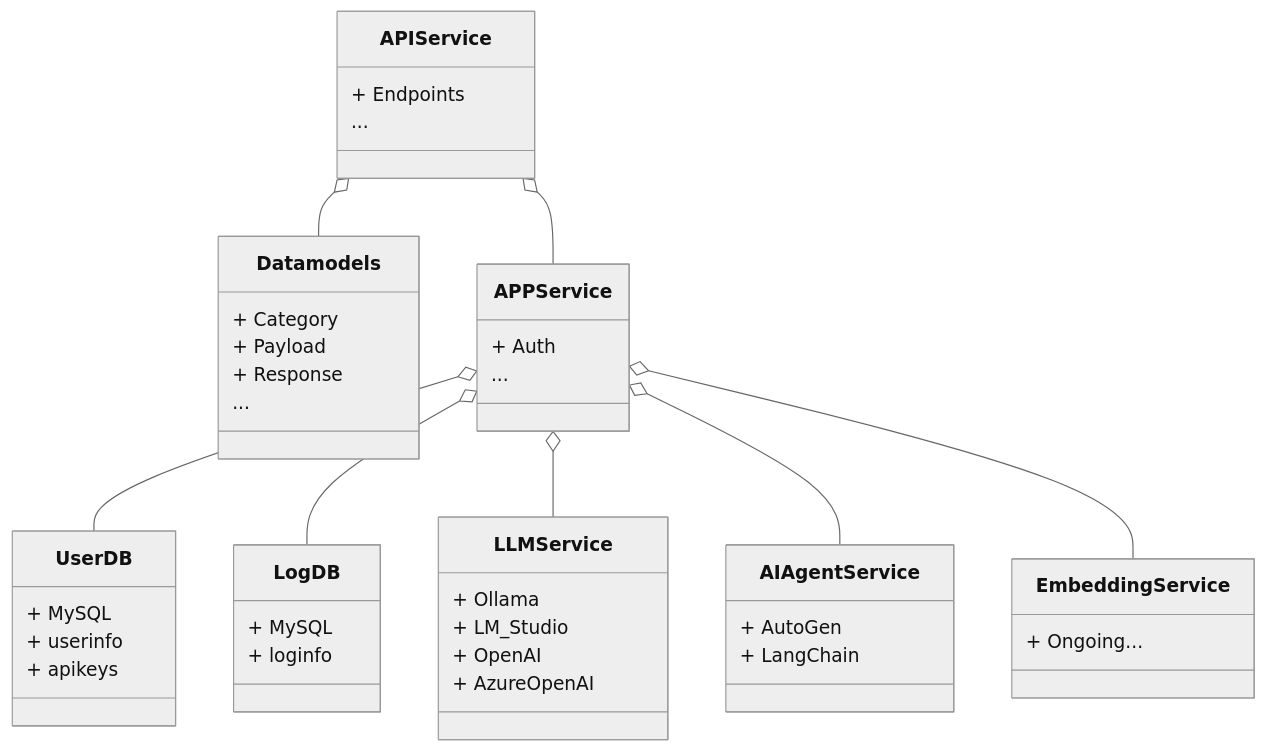
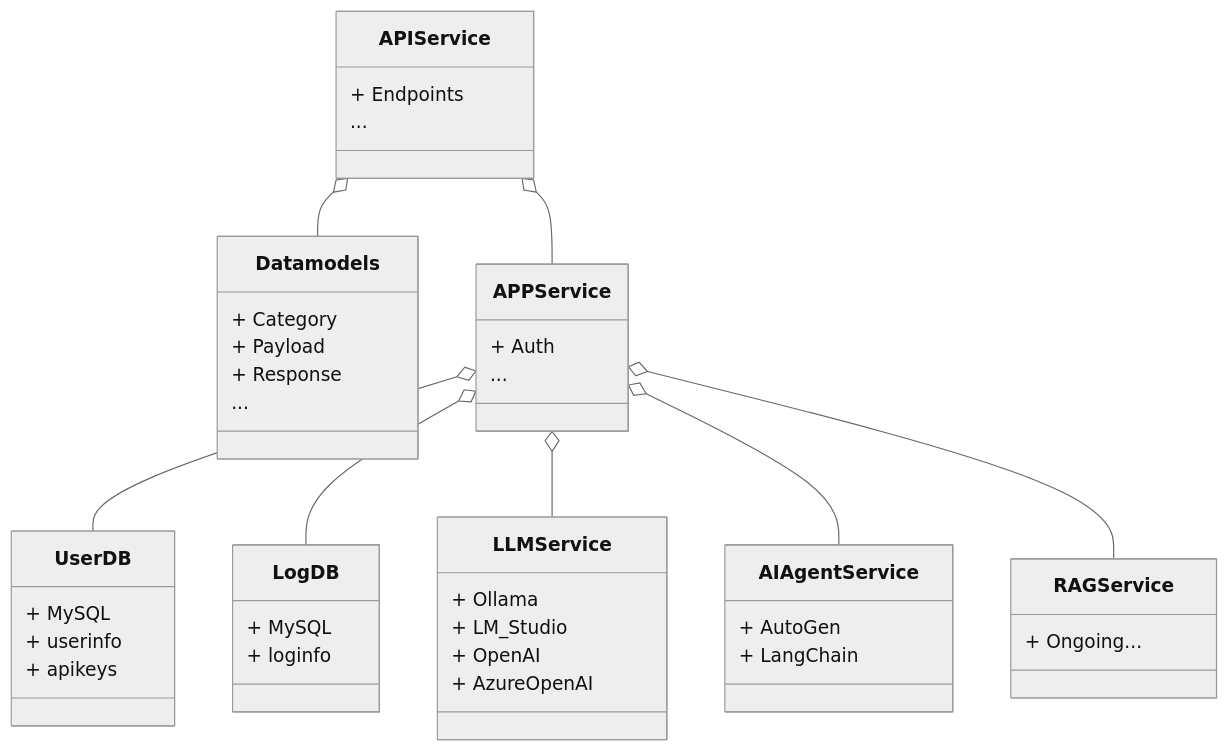
The diagram in docs/archi.md (CellCS/AI-APIService-Starter), drawn with Mermaid (neutral theme) before and after one commit.

Commit message:
rename EmbeddingService as RAGService

````diff
--- a/docs/archi.md
+++ b/docs/archi.md
@@ -7,54 +7,54 @@
 ```mermaid
 classDiagram
       APIService o--  Datamodels
       APIService o--  APPService
 
       APPService o--  UserDB
       APPService o--  LogDB
       APPService o--  LLMService
       APPService o--  AIAgentService
-      APPService o--  EmbeddingService
+      APPService o--  RAGService
       
       class APIService{
           + Endpoints
           ...
       }
       class Datamodels{
           + Category
           + Payload
           + Response
           ...
       }
       
       class APPService{
           + Auth
           ...
       }
 
       class UserDB{
           + MySQL
           + userinfo
           + apikeys
       }
       class LogDB{
           + MySQL
           + loginfo
       }
 
       class LLMService{
           + Ollama
           + LM_Studio
           + OpenAI
           + AzureOpenAI
       }
 
       class AIAgentService {
           + AutoGen
           + LangChain
       }
 
-      class EmbeddingService {
+      class RAGService {
           + Ongoing...
       }
 
 ```
````
